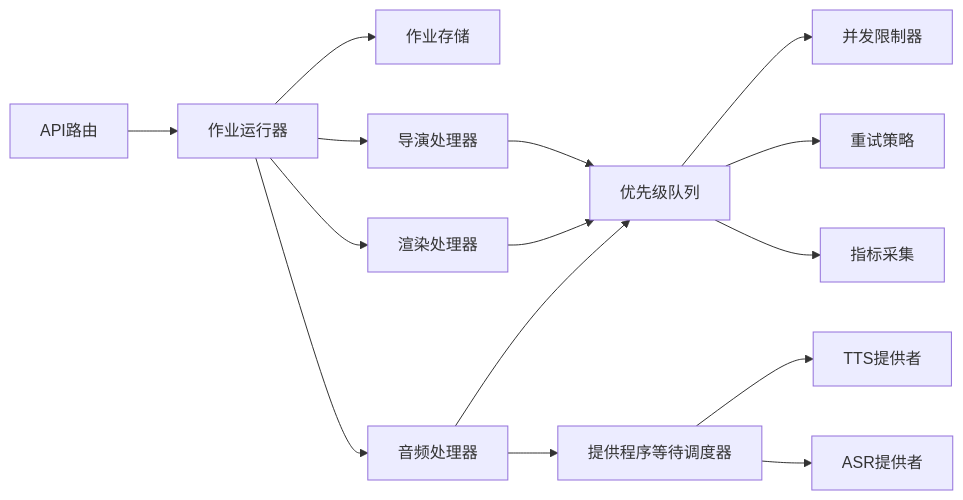
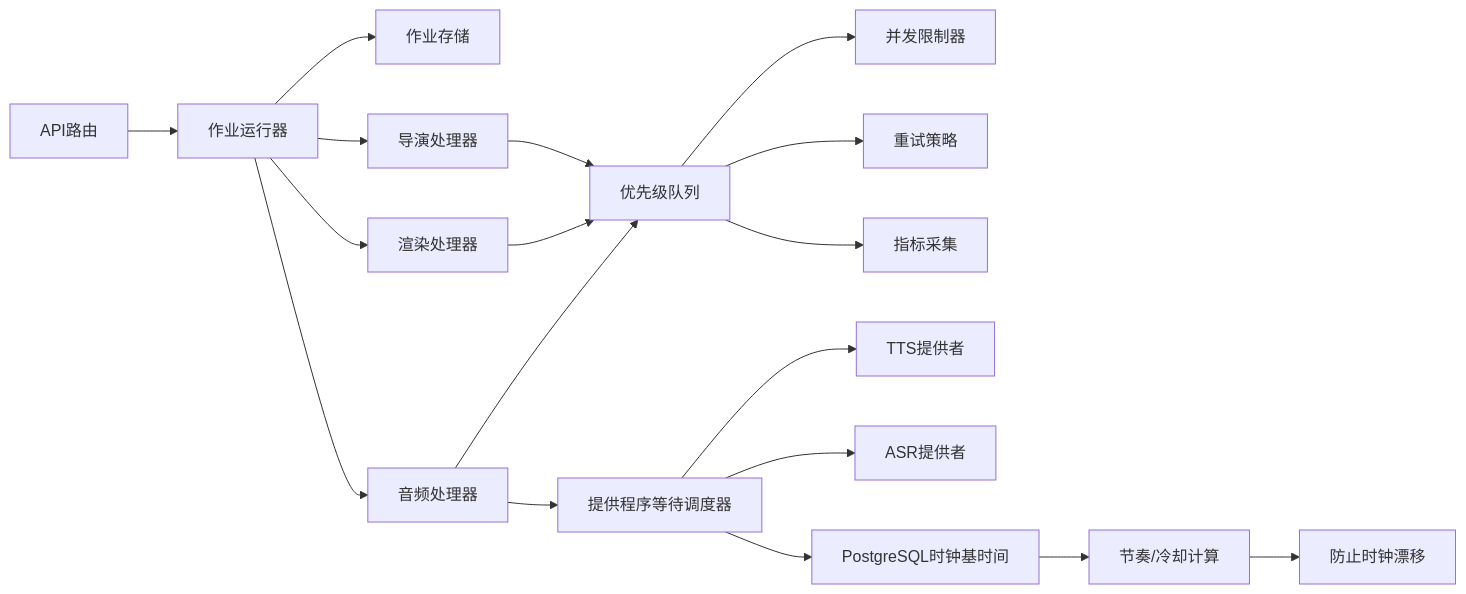
The sixth of 6 diagrams in .qoder/repowiki/zh/content/后端架构/任务处理/任务调度器.md (scottcwy/PurpleInk), drawn with Mermaid before and after one commit. The commit also changed other lines of this file and 23 other files, not shown here.

````diff
--- a/.qoder/repowiki/zh/content/后端架构/任务处理/任务调度器.md
+++ b/.qoder/repowiki/zh/content/后端架构/任务处理/任务调度器.md
@@ -334,17 +335,20 @@
 ```mermaid
 graph LR
 API["API路由"] --> Runner["作业运行器"]
 Runner --> Store["作业存储"]
 Runner --> DirectorQH["导演处理器"]
 Runner --> RenderQH["渲染处理器"]
 Runner --> AudioQH["音频处理器"]
 DirectorQH --> PQ["优先级队列"]
 RenderQH --> PQ
 AudioQH --> PQ
 PQ --> CL["并发限制器"]
 PQ --> RP["重试策略"]
 PQ --> MET["指标采集"]
 AudioQH --> PWS["提供程序等待调度器"]
 PWS --> TTS["TTS提供者"]
 PWS --> ASR["ASR提供者"]
+PWS --> PG["PostgreSQL时钟基时间"]
+PG --> Rhythm["节奏/冷却计算"]
+Rhythm --> DR["防止时钟漂移"]
 ```
````
